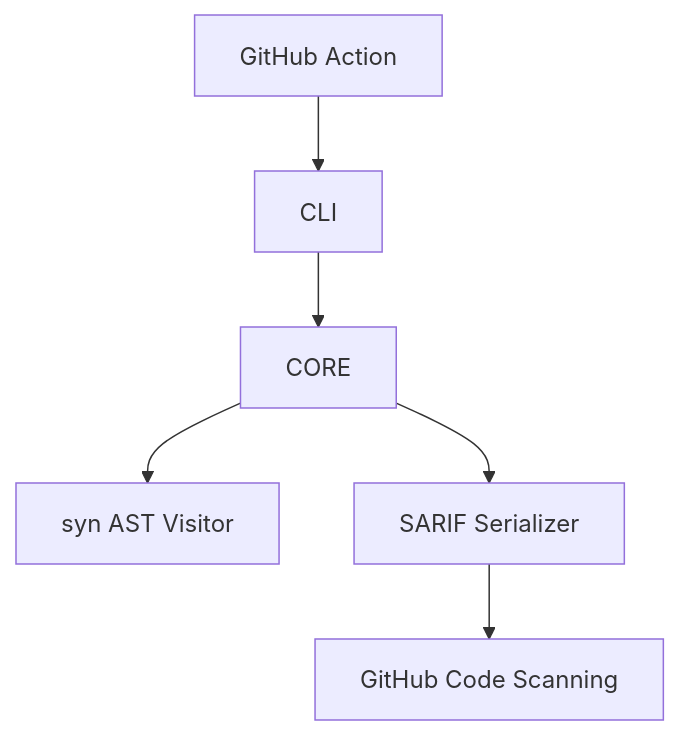
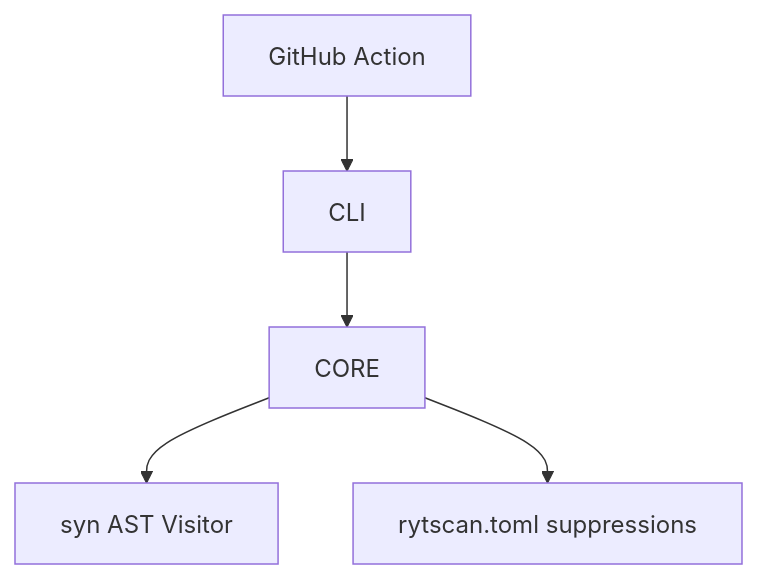
Before and after one commit to BreachDirect/RytScan: the third of 3 diagrams in docs/architecture.md, drawn with Mermaid. The commit also changed other lines of this file and 18 other files, not shown here.

````diff
--- a/docs/architecture.md
+++ b/docs/architecture.md
@@ -116,8 +127,7 @@
 ```mermaid
 graph TB
     CLI --> CORE
     CORE --> SYN[syn AST Visitor]
-    CORE --> SARIF[SARIF Serializer]
     GHA[GitHub Action] --> CLI
-    SARIF --> GCS[GitHub Code Scanning]
+    CORE --> CONFIG[rytscan.toml suppressions]
 ```
````
